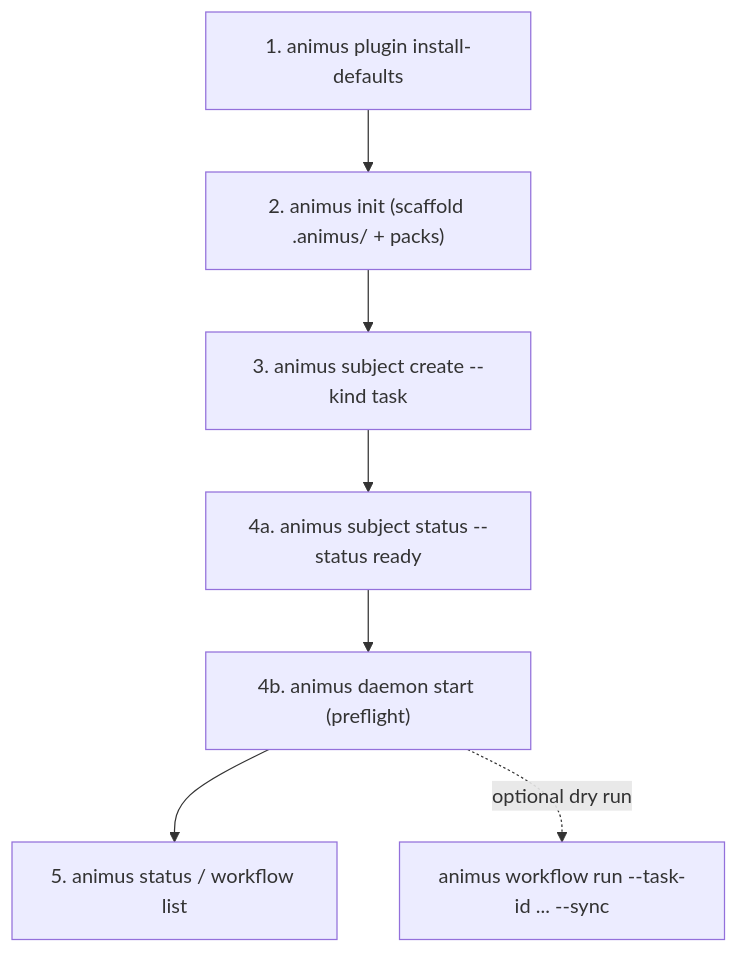
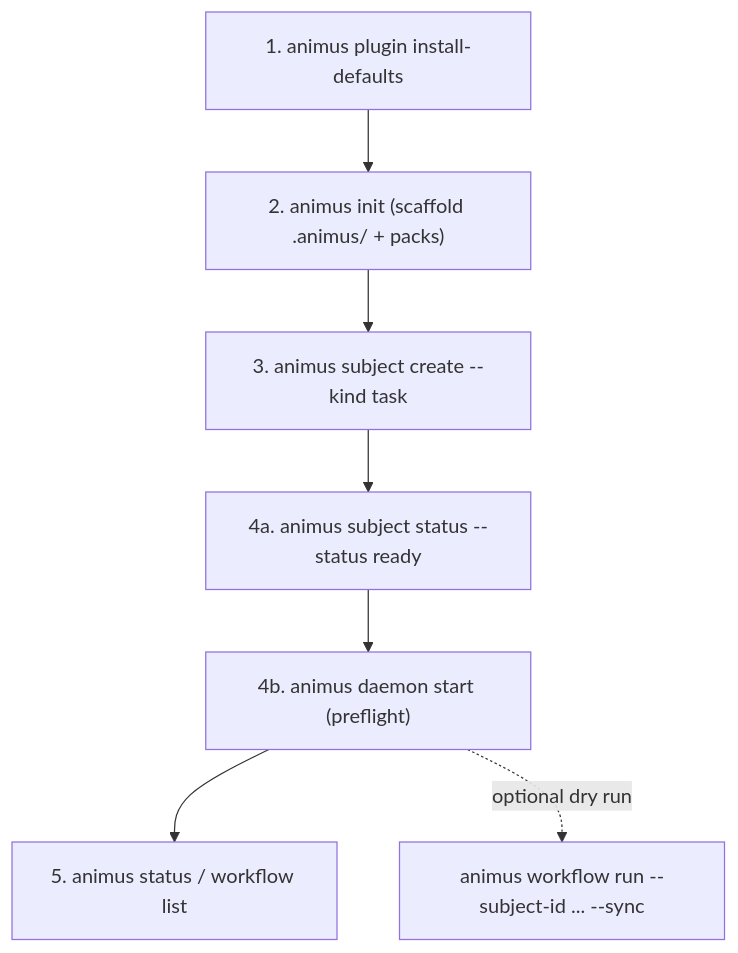
The diagram in docs/getting-started/quick-start.md (launchapp-dev/animus-cli), drawn with Mermaid before and after one commit. The commit also changed other lines of this file and 30 other files, not shown here.

````diff
--- a/docs/getting-started/quick-start.md
+++ b/docs/getting-started/quick-start.md
@@ -7,11 +7,11 @@
 ```mermaid
 flowchart TD
     PLUGINS["1. animus plugin install-defaults"]
     --> PREP["2. animus init (scaffold .animus/ + packs)"]
     --> CREATE["3. animus subject create --kind task"]
     --> READY["4a. animus subject status --status ready"]
     --> START["4b. animus daemon start (preflight)"]
     --> INSPECT["5. animus status / workflow list"]
 
-    START -. "optional dry run" .-> SYNC["animus workflow run --task-id ... --sync"]
+    START -. "optional dry run" .-> SYNC["animus workflow run --subject-id ... --sync"]
 ```
````
